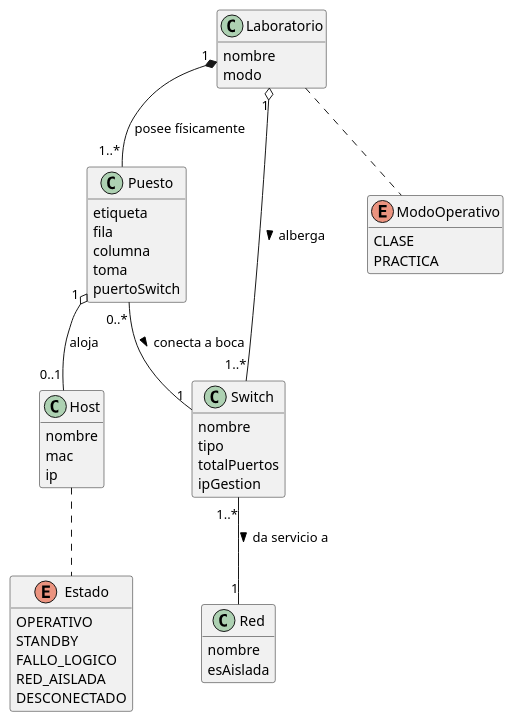
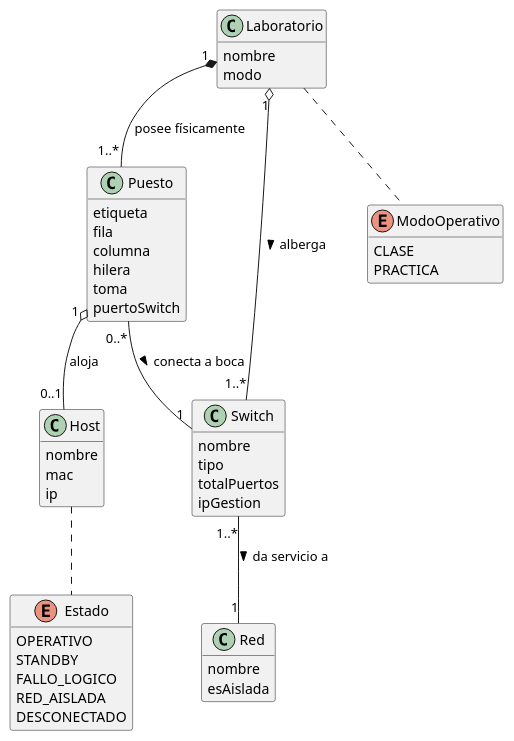
One commit to Carlos-Lima2510/mesh-panel changed the diagram in RUP/00-modelo-del-dominio/diagrama-clases.puml. Above: the diagram before and after it, drawn with PlantUML. The commit also changed 23 other files, not shown here.

```diff
--- a/RUP/00-modelo-del-dominio/diagrama-clases.puml
+++ b/RUP/00-modelo-del-dominio/diagrama-clases.puml
@@ -1,60 +1,61 @@
 @startuml diagrama-clases
 
 hide empty members
 
 class Laboratorio {
     nombre
     modo
 }
 
 class Puesto {
     etiqueta
     fila
     columna
+    hilera
     toma
     puertoSwitch
 }
 
 class Host {
     nombre
     mac
     ip
 }
 
 class Switch {
     nombre
     tipo
     totalPuertos
     ipGestion
 }
 
 class Red {
     nombre
     esAislada
 }
 
 enum ModoOperativo {
     CLASE
     PRACTICA
 }
 
 enum Estado {
     OPERATIVO
     STANDBY
     FALLO_LOGICO
     RED_AISLADA
     DESCONECTADO
 }
 
 Laboratorio .. ModoOperativo
 Host .. Estado
 
 Laboratorio "1" *-- "1..*" Puesto : posee físicamente
 Laboratorio "1" o-- "1..*" Switch : alberga >
 
 Puesto "0..*" -- "1" Switch : conecta a boca >
 Puesto "1" o-- "0..1" Host : aloja
 
 Switch "1..*" -- "1" Red : da servicio a >
 
 @enduml
```
